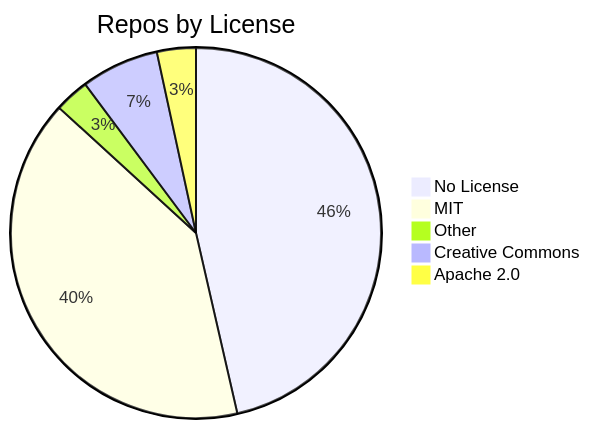
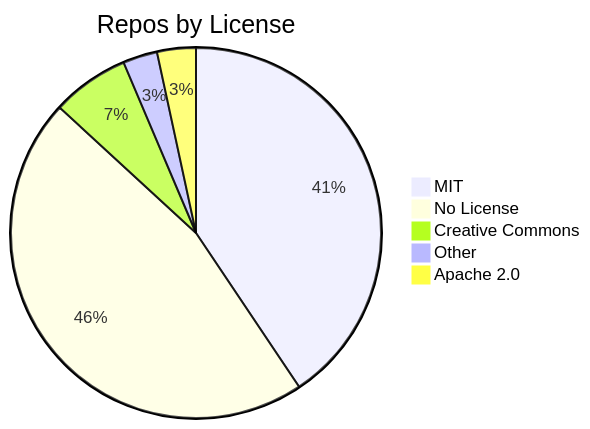
One commit to jpatterson933/awesome-mcp-server-repo-index changed the diagram in README.md. Above: the diagram before and after it, drawn with Mermaid. The commit also changed other lines of this file and 3 other files, not shown here.

````diff
--- a/README.md
+++ b/README.md
@@ -29,8 +29,8 @@
 ```mermaid
 pie title Repos by License
+    "MIT" : 108
     "No License" : 123
-    "MIT" : 107
+    "Creative Commons" : 18
     "Other" : 8
-    "Creative Commons" : 18
     "Apache 2.0" : 9
 ```
````
